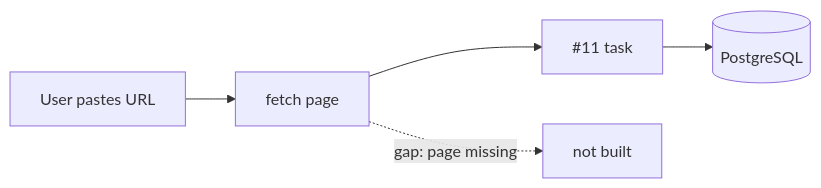
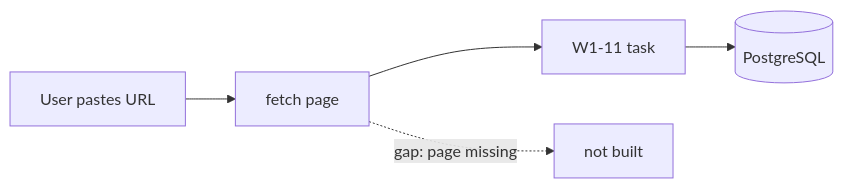
One commit to Stihotvor/law_by_ai changed the fifth of 13 diagrams in docs/design/wave1-mvp/tickets/ingest-models.md. Above: the diagram before and after it, drawn with Mermaid. The commit also changed other lines of this file and 15 other files, not shown here.

````diff
--- a/docs/design/wave1-mvp/tickets/ingest-models.md
+++ b/docs/design/wave1-mvp/tickets/ingest-models.md
@@ -140,5 +140,5 @@
 ```mermaid
 flowchart LR
-  U[User pastes URL] --> P[fetch page] --> C[#11 task] --> DB[(PostgreSQL)]
+  U[User pastes URL] --> P[fetch page] --> C[W1-11 task] --> DB[(PostgreSQL)]
   P -. gap: page missing .-> X[not built]
 ```
````
